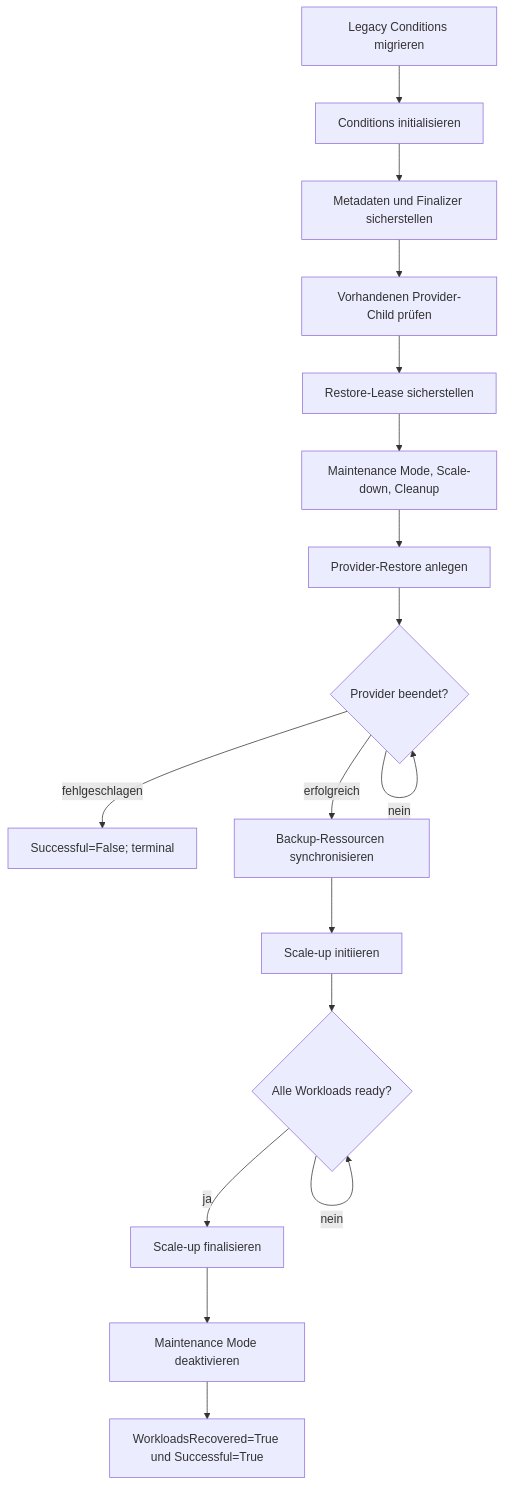
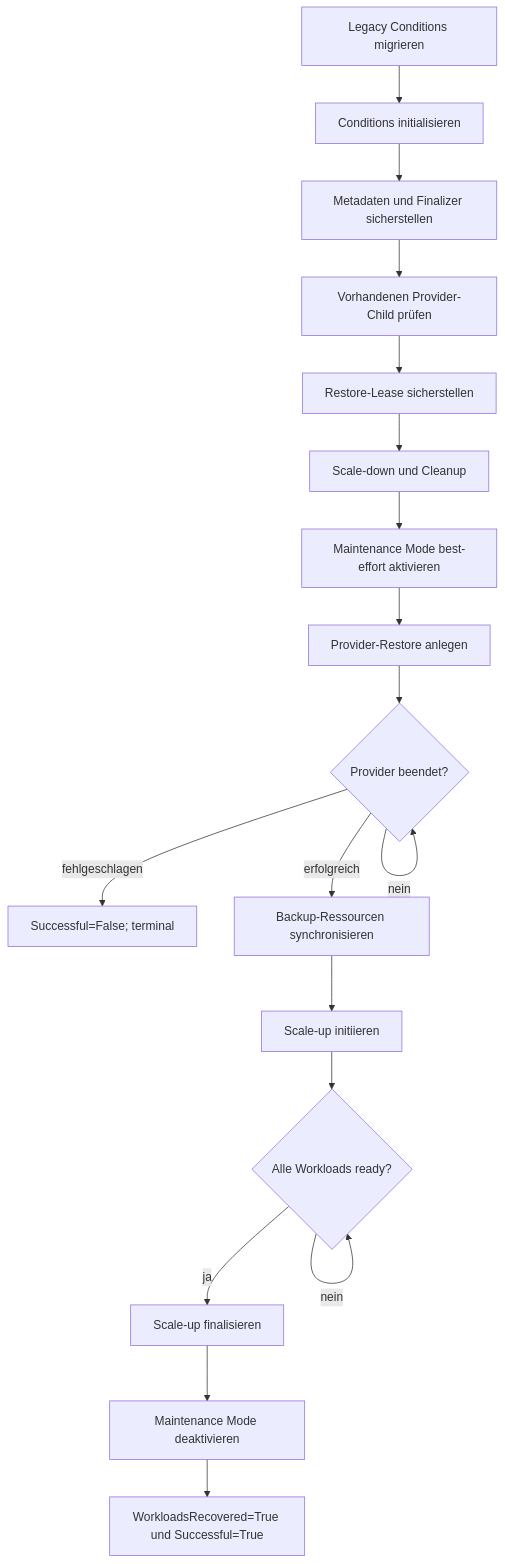
One commit to cloudogu/k8s-backup-operator changed the second of 5 diagrams in docs/development/restore/restore_process_de.MD. Above: the diagram before and after it, drawn with Mermaid. The commit also changed other lines of this file and 16 other files, not shown here.

````diff
--- a/docs/development/restore/restore_process_de.MD
+++ b/docs/development/restore/restore_process_de.MD
@@ -58,19 +58,20 @@
 ```mermaid
 flowchart TD
     A[Legacy Conditions migrieren] --> B[Conditions initialisieren]
     B --> C[Metadaten und Finalizer sicherstellen]
     C --> D[Vorhandenen Provider-Child prüfen]
     D --> E[Restore-Lease sicherstellen]
-    E --> F[Maintenance Mode, Scale-down, Cleanup]
-    F --> G[Provider-Restore anlegen]
+    E --> F[Scale-down und Cleanup]
+    F --> FM[Maintenance Mode best-effort aktivieren]
+    FM --> G[Provider-Restore anlegen]
     G --> H{Provider beendet?}
     H -- nein --> H
     H -- fehlgeschlagen --> X[Successful=False; terminal]
     H -- erfolgreich --> I[Backup-Ressourcen synchronisieren]
     I --> J[Scale-up initiieren]
     J --> K{Alle Workloads ready?}
     K -- nein --> K
     K -- ja --> L[Scale-up finalisieren]
     L --> M[Maintenance Mode deaktivieren]
     M --> N[WorkloadsRecovered=True und Successful=True]
 ```
````
